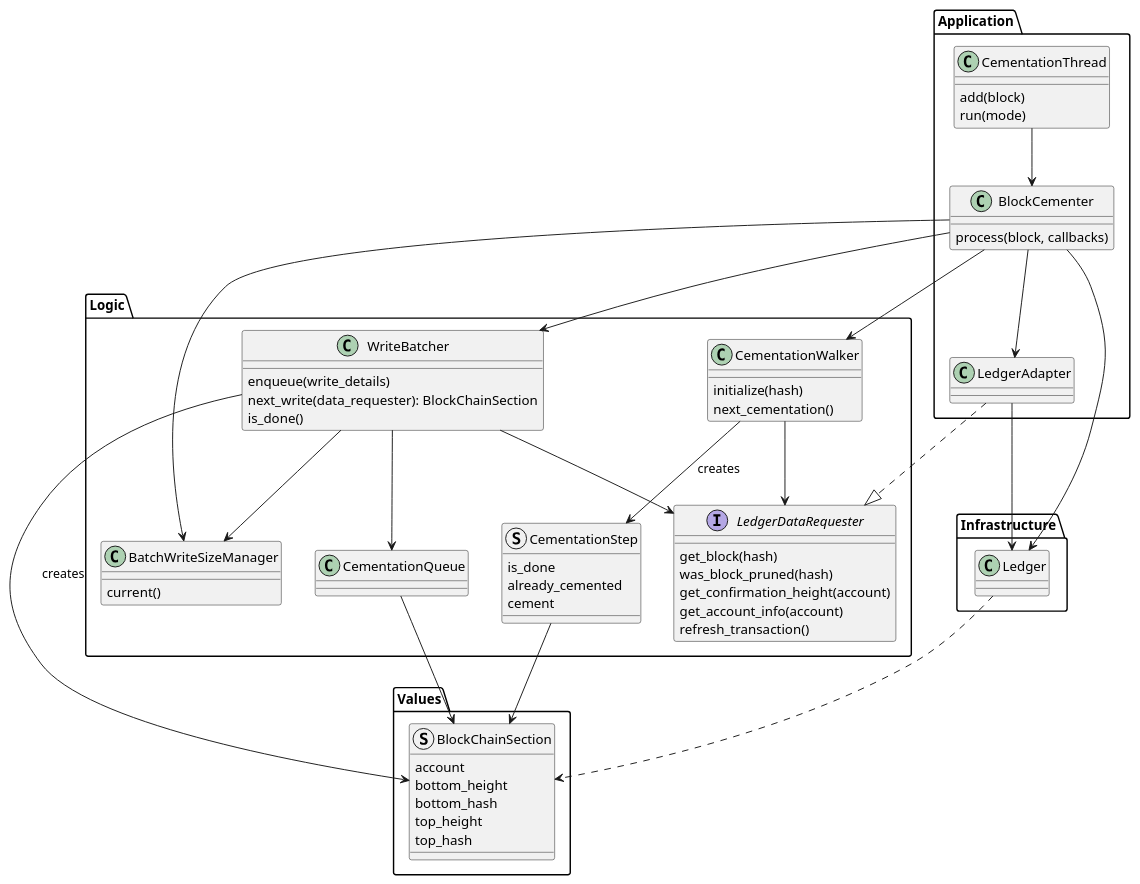
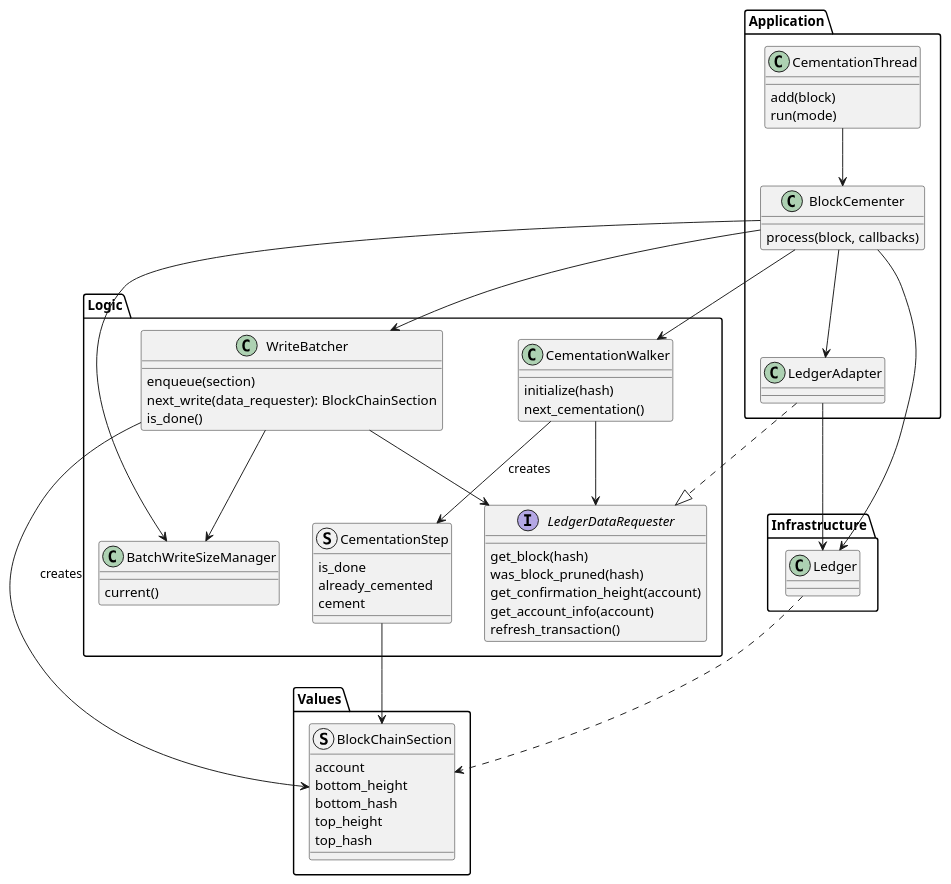
Before and after one commit to stjet/rsban-node: the diagram in rust/doc/cementing.puml, drawn with PlantUML. The commit also changed 3 other files, not shown here.

Commit message:
Refactor block cementation

```diff
--- a/rust/doc/cementing.puml
+++ b/rust/doc/cementing.puml
@@ -1,89 +1,85 @@
 @startuml "Confirmation Height"
 
 package "Infrastructure" {
     class Ledger
 }
 
 package "Logic"{
-    class CementationQueue
 
     class WriteBatcher {
-        enqueue(write_details)
+        enqueue(section)
         next_write(data_requester): BlockChainSection
         is_done()
     }
 
     class BatchWriteSizeManager {
         current()
     }
 
     interface LedgerDataRequester{
         get_block(hash)
         was_block_pruned(hash)
         get_confirmation_height(account)
         get_account_info(account)
         refresh_transaction()
     }
 
     struct CementationStep{
         is_done
         already_cemented
         cement
     }
 
     class CementationWalker{
         initialize(hash)
         next_cementation()
     }
 
 }
 
 package "Values"{
     struct BlockChainSection{
         account
         bottom_height
         bottom_hash
         top_height
         top_hash
     }
 }
 
 package "Application"{
     class CementationThread{
         add(block)
         run(mode)
     }
 
     class BlockCementer{
         process(block, callbacks)
     }
 
     class LedgerAdapter
 }
 
 Ledger ..> BlockChainSection
 
 BlockCementer --> Ledger
 BlockCementer --> WriteBatcher
 BlockCementer --> BatchWriteSizeManager
 BlockCementer --> LedgerAdapter
 BlockCementer --> CementationWalker
 
 CementationWalker --> CementationStep: creates
 CementationWalker --> LedgerDataRequester
 
 CementationStep --> BlockChainSection
 
 WriteBatcher --> BatchWriteSizeManager
-WriteBatcher --> CementationQueue
 WriteBatcher --> LedgerDataRequester
 WriteBatcher --> BlockChainSection: creates
-
-CementationQueue --> BlockChainSection
 
 CementationThread --> BlockCementer
 
 LedgerAdapter ..|> LedgerDataRequester
 LedgerAdapter --> Ledger
 
 @enduml
```
